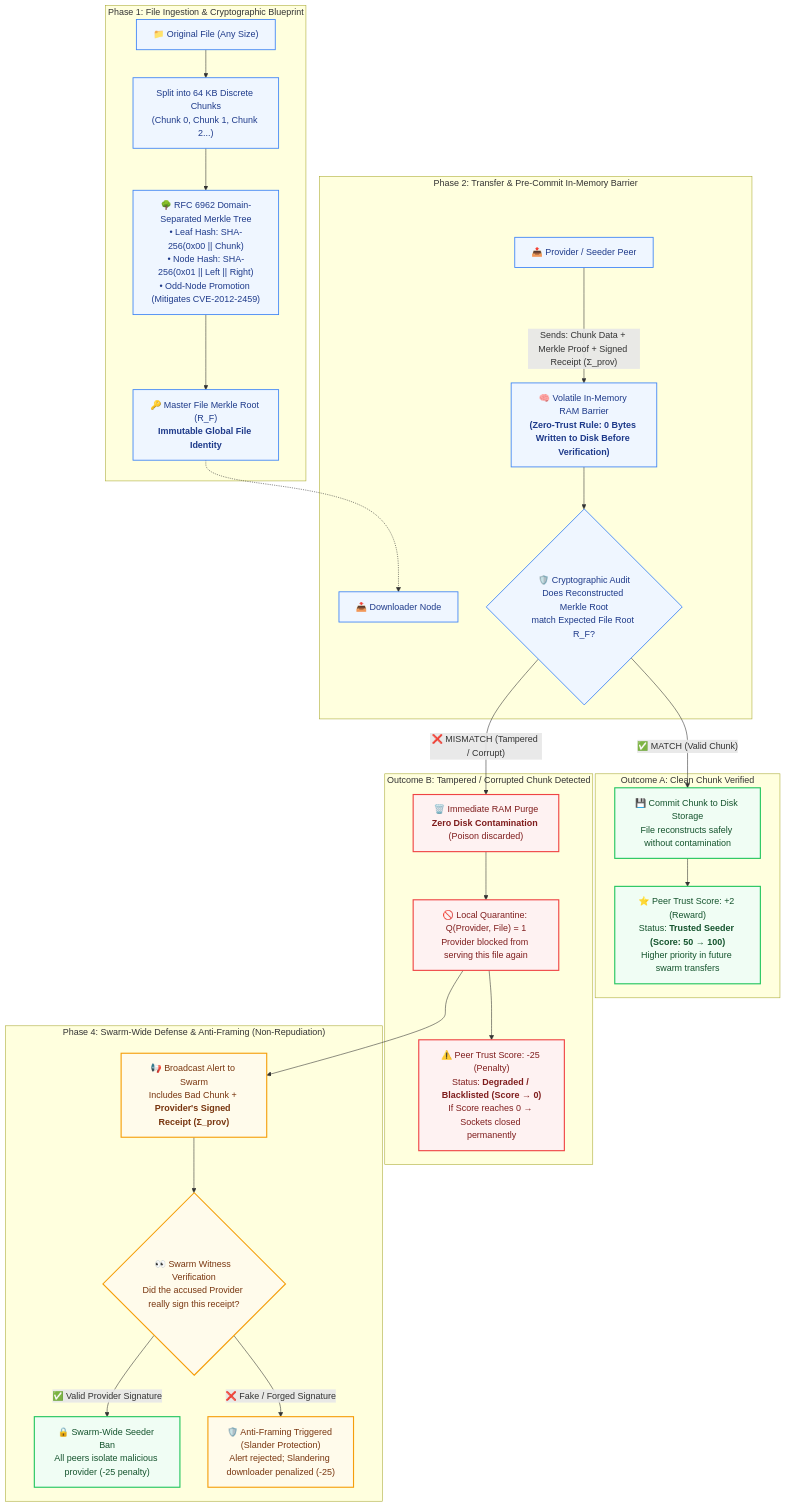
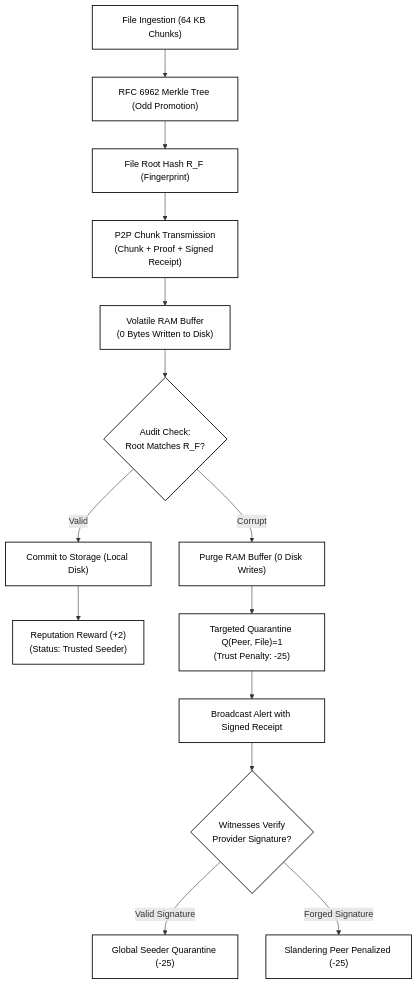
Before and after one commit to Vallurikeerthiram/zero-trust-p2p-network: the diagram in docs/diagrams/master_security_and_reputation.mmd, drawn with Mermaid. The commit also changed 3 other files, not shown here.

Commit message:
docs: streamline master diagrams to minimalist black-and-white publication standard without emojis or congestion

```diff
--- a/docs/diagrams/master_security_and_reputation.mmd
+++ b/docs/diagrams/master_security_and_reputation.mmd
@@ -1,47 +1,27 @@
 flowchart TD
-    %% Phase 1: File Preparation & Cryptographic Root
-    subgraph PHASE1 ["Phase 1: File Ingestion & Cryptographic Blueprint"]
-        File["📁 Original File (Any Size)"] --> Split["Split into 64 KB Discrete Chunks<br>(Chunk 0, Chunk 1, Chunk 2...)"]
-        Split --> Merkle["🌳 RFC 6962 Domain-Separated Merkle Tree<br>• Leaf Hash: SHA-256(0x00 || Chunk)<br>• Node Hash: SHA-256(0x01 || Left || Right)<br>• Odd-Node Promotion (Mitigates CVE-2012-2459)"]
-        Merkle --> Root["🔑 Master File Merkle Root (R_F)<br><b>Immutable Global File Identity</b>"]
-    end
+    %% Phase 1: Ingestion
+    File["File Ingestion (64 KB Chunks)"] --> Merkle["RFC 6962 Merkle Tree (Odd Promotion)"]
+    Merkle --> Root["File Root Hash R_F (Fingerprint)"]
 
-    %% Phase 2: Transfer with Signed Non-Repudiation Receipt
-    subgraph PHASE2 ["Phase 2: Transfer & Pre-Commit In-Memory Barrier"]
-        Root -.-> Downloader["📥 Downloader Node"]
-        Seeder["📤 Provider / Seeder Peer"] -->|"Sends: Chunk Data + Merkle Proof + Signed Receipt (&Sigma;_prov)"| RAM["🧠 Volatile In-Memory RAM Barrier<br><b>(Zero-Trust Rule: 0 Bytes Written to Disk Before Verification)</b>"]
-        RAM --> Check{"🛡️ Cryptographic Audit<br>Does Reconstructed Merkle Root<br>match Expected File Root R_F?"}
-    end
+    %% Phase 2: Transmission & Pre-Commit Barrier
+    Root --> Transmit["P2P Chunk Transmission<br>(Chunk + Proof + Signed Receipt)"]
+    Transmit --> RAM["Volatile RAM Buffer<br>(0 Bytes Written to Disk)"]
+    RAM --> Check{"Audit Check:<br>Root Matches R_F?"}
 
-    %% Phase 3: The Fork - Honest Delivery vs Corrupt Attack
-    subgraph PHASE3_HONEST ["Outcome A: Clean Chunk Verified"]
-        Check -->|"✅ MATCH (Valid Chunk)"| Commit["💾 Commit Chunk to Disk Storage<br>File reconstructs safely without contamination"]
-        Commit --> Reward["⭐ Peer Trust Score: +2 (Reward)<br>Status: <b>Trusted Seeder (Score: 50 &rarr; 100)</b><br>Higher priority in future swarm transfers"]
-    end
+    %% Phase 3: Verification Outcomes
+    Check -->|Valid| Commit["Commit to Storage (Local Disk)"]
+    Commit --> Reward["Reputation Reward (+2)<br>(Status: Trusted Seeder)"]
 
-    subgraph PHASE3_CORRUPT ["Outcome B: Tampered / Corrupted Chunk Detected"]
-        Check -->|"❌ MISMATCH (Tampered / Corrupt)"| Purge["🗑️ Immediate RAM Purge<br><b>Zero Disk Contamination</b> (Poison discarded)"]
-        Purge --> Quarantine["🚫 Local Quarantine: Q(Provider, File) = 1<br>Provider blocked from serving this file again"]
-        Quarantine --> Penalty["⚠️ Peer Trust Score: -25 (Penalty)<br>Status: <b>Degraded / Blacklisted (Score &rarr; 0)</b><br>If Score reaches 0 &rarr; Sockets closed permanently"]
-    end
+    Check -->|Corrupt| Purge["Purge RAM Buffer (0 Disk Writes)"]
+    Purge --> Quarantine["Targeted Quarantine Q(Peer, File)=1<br>(Trust Penalty: -25)"]
 
-    %% Phase 4: Swarm-Wide Anti-Framing Protection
-    subgraph PHASE4 ["Phase 4: Swarm-Wide Defense & Anti-Framing (Non-Repudiation)"]
-        Quarantine --> Alert["📢 Broadcast Alert to Swarm<br>Includes Bad Chunk + <b>Provider's Signed Receipt (&Sigma;_prov)</b>"]
-        Alert --> Witness{"👀 Swarm Witness Verification<br>Did the accused Provider really sign this receipt?"}
-        
-        Witness -->|"✅ Valid Provider Signature"| GlobalQuarantine["🔒 Swarm-Wide Seeder Ban<br>All peers isolate malicious provider (-25 penalty)"]
-        Witness -->|"❌ Fake / Forged Signature"| SlanderPenalty["🛡️ Anti-Framing Triggered (Slander Protection)<br>Alert rejected; Slandering downloader penalized (-25)"]
-    end
+    %% Phase 4: Swarm Anti-Framing Defense
+    Quarantine --> Alert["Broadcast Alert with Signed Receipt"]
+    Alert --> WitCheck{"Witnesses Verify<br>Provider Signature?"}
+    
+    WitCheck -->|Valid Signature| SeederBan["Global Seeder Quarantine (-25)"]
+    WitCheck -->|Forged Signature| SlanderBan["Slandering Peer Penalized (-25)"]
 
-    %% Styling
-    classDef phaseBox fill:#f8fafc,stroke:#64748b,stroke-width:1.5px,color:#0f172a;
-    classDef honestBox fill:#f0fdf4,stroke:#22c55e,stroke-width:2px,color:#14532d;
-    classDef corruptBox fill:#fef2f2,stroke:#ef4444,stroke-width:2px,color:#7f1d1d;
-    classDef warnBox fill:#fffbeb,stroke:#f59e0b,stroke-width:2px,color:#78350f;
-    classDef blueBox fill:#eff6ff,stroke:#3b82f6,stroke-width:1.5px,color:#1e3a8a;
-
-    class File,Split,Merkle,Root,Seeder,Downloader,RAM,Check blueBox;
-    class Commit,Reward,GlobalQuarantine honestBox;
-    class Purge,Quarantine,Penalty corruptBox;
-    class Alert,Witness,SlanderPenalty warnBox;
+    %% Clean Black and White Styling
+    classDef bw fill:#ffffff,stroke:#000000,stroke-width:1.5px,color:#000000;
+    class File,Merkle,Root,Transmit,RAM,Commit,Reward,Purge,Quarantine,Alert,SeederBan,SlanderBan,Check,WitCheck bw;
```
